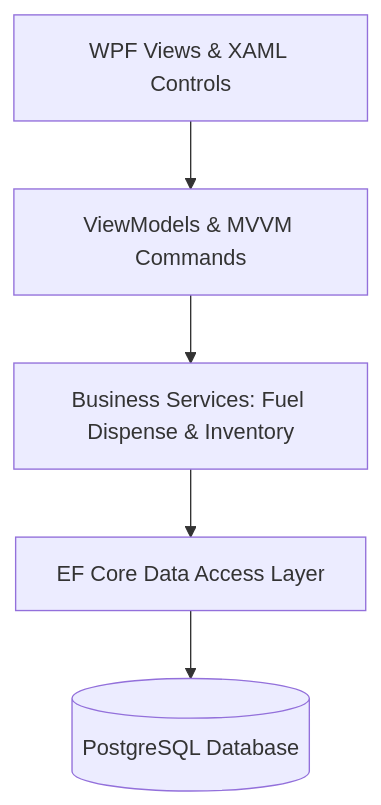
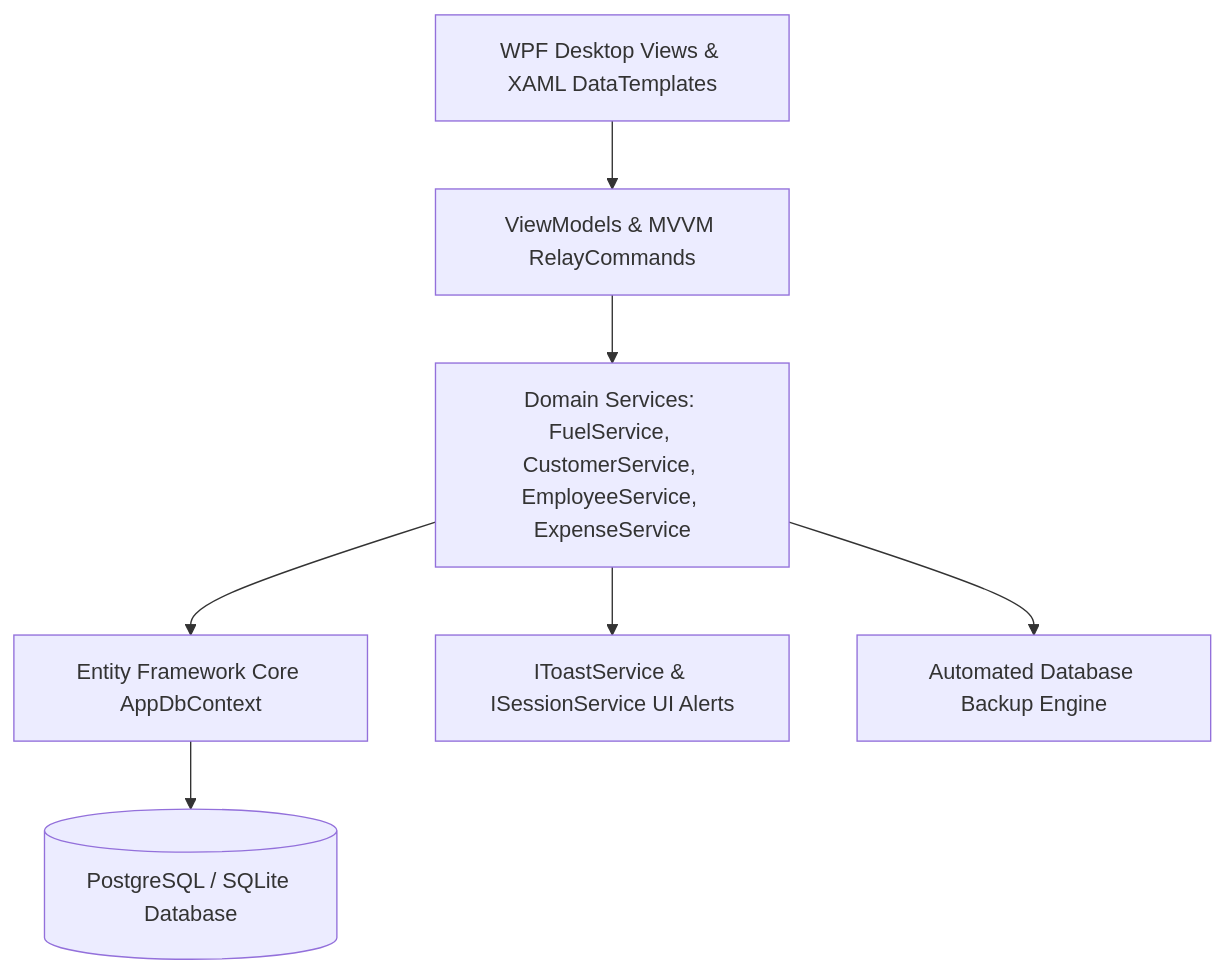
Before and after one commit to abdussatarkhan/petrol-pump-Farooq: the diagram in README.md, drawn with Mermaid. The commit also changed other lines of this file, not shown here.

Commit message:
docs(readme): rewrite documentation for software engineering & desktop systems architecture

````diff
--- a/README.md
+++ b/README.md
@@ -22,7 +23,9 @@
 ```mermaid
 graph TD
-    UI[WPF Views & XAML Controls] --> VM[ViewModels & MVVM Commands]
-    VM --> Services[Business Services: Fuel Dispense & Inventory]
-    Services --> EF[EF Core Data Access Layer]
-    EF --> PG[(PostgreSQL Database)]
+    UI[WPF Desktop Views & XAML DataTemplates] --> VM[ViewModels & MVVM RelayCommands]
+    VM --> Services[Domain Services: FuelService, CustomerService, EmployeeService, ExpenseService]
+    Services --> EF[Entity Framework Core AppDbContext]
+    EF --> DB[(PostgreSQL / SQLite Database)]
+    Services --> Toast[IToastService & ISessionService UI Alerts]
+    Services --> Backup[Automated Database Backup Engine]
 ```
````
